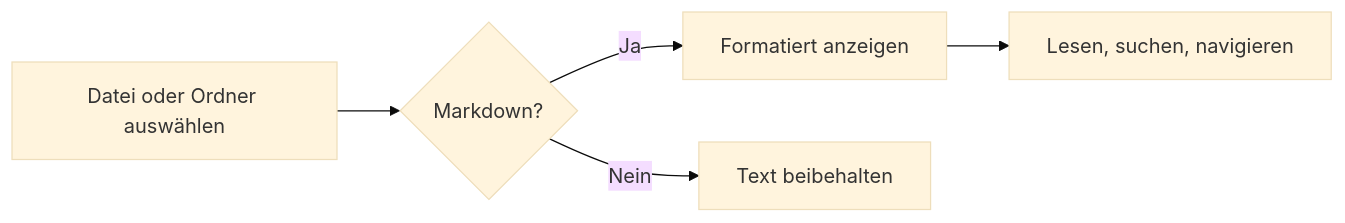
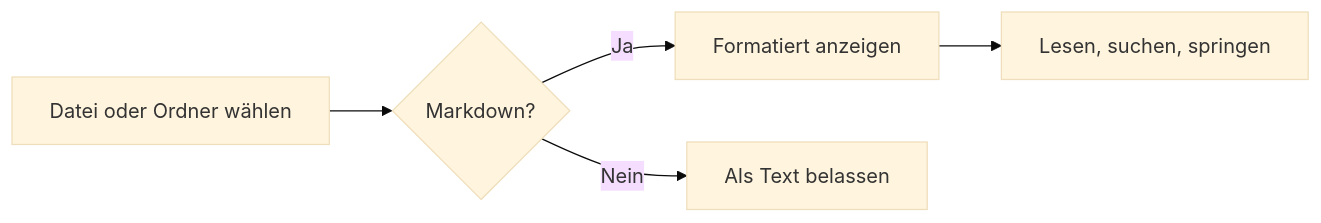
The first of 3 diagrams in samples/de/parchment-guide.md (bruce-yang-422/parchment), drawn with Mermaid (base theme) before and after one commit. The commit also changed other lines of this file and 24 other files, not shown here.

First line of the commit message:
docs(samples): 擴充 8 語系使用導覽與連結筆記、閱讀測試加入 Flickr 有連結圖片 / expand the sample guide and linked note in 8 languages, add a linked Flickr image to the reading test

````diff
--- a/samples/de/parchment-guide.md
+++ b/samples/de/parchment-guide.md
@@ -69,7 +126,7 @@
 ```mermaid
 flowchart LR
-  A[Datei oder Ordner auswählen] --> B{Markdown?}
+  A[Datei oder Ordner wählen] --> B{Markdown?}
   B -->|Ja| C[Formatiert anzeigen]
-  B -->|Nein| D[Text beibehalten]
-  C --> E[Lesen, suchen, navigieren]
+  B -->|Nein| D[Als Text belassen]
+  C --> E[Lesen, suchen, springen]
 ```
````
